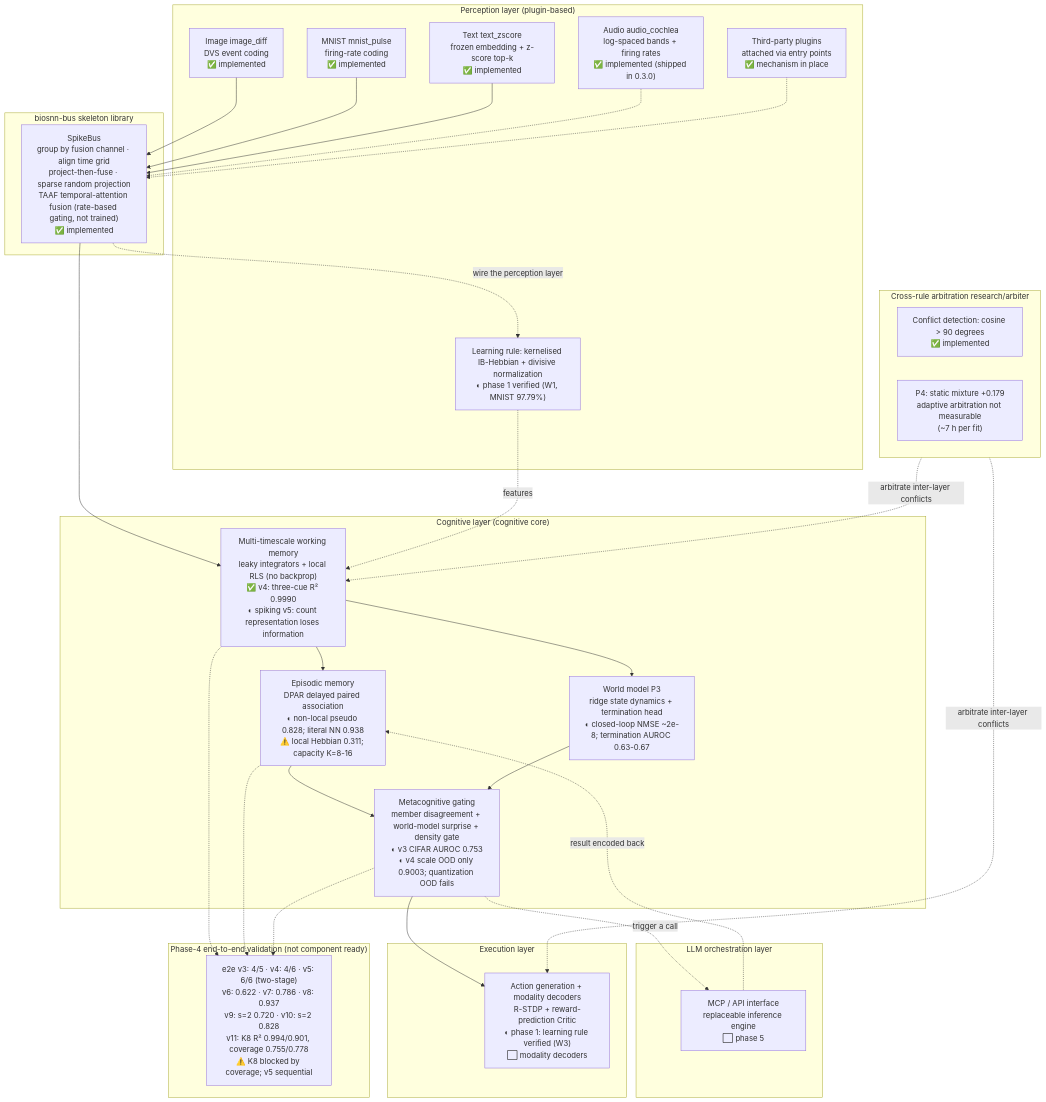
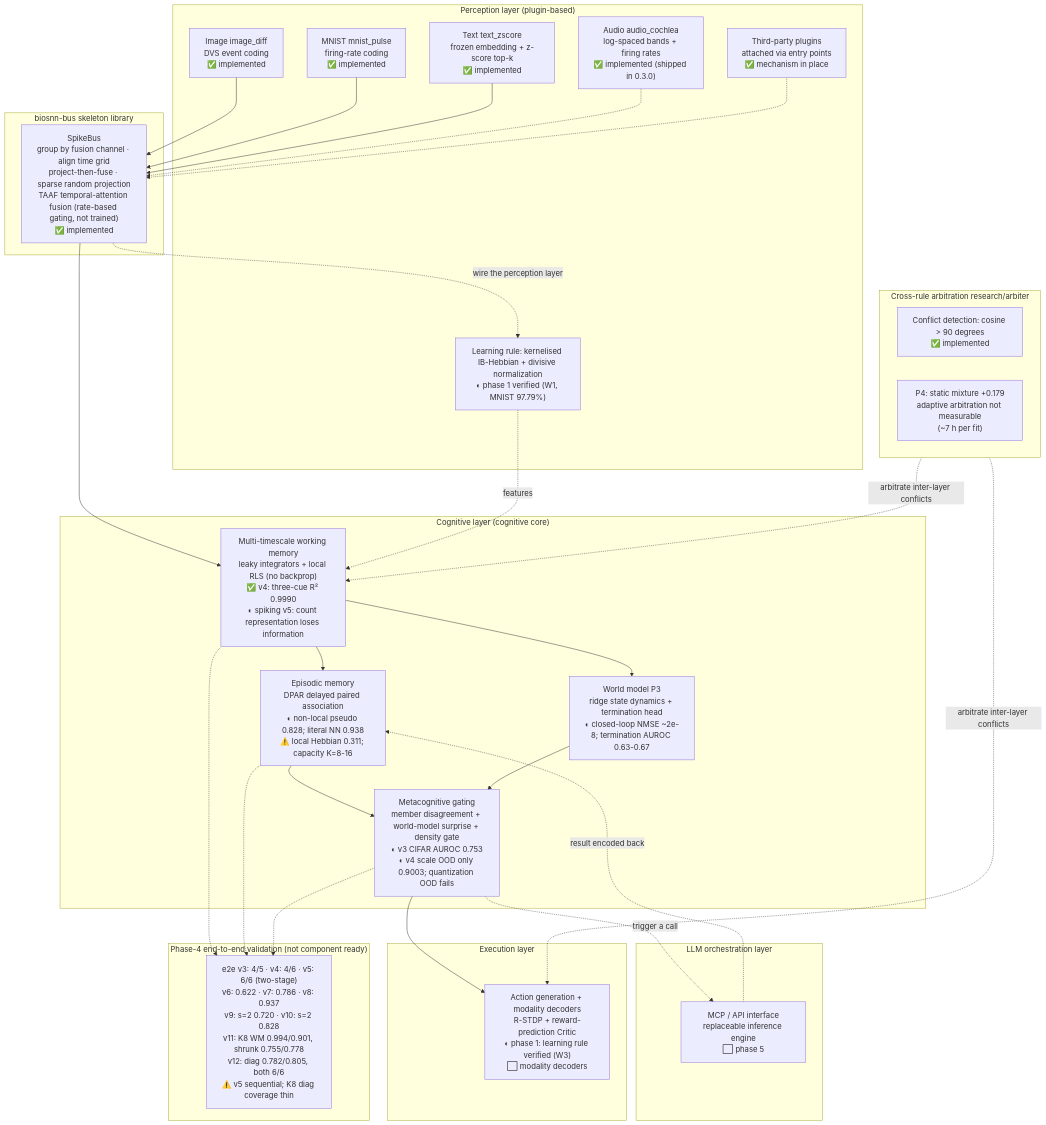
Before and after one commit to lzmd-arch/BioSNN-Plug: the diagram in README.en.md, drawn with Mermaid. The commit also changed other lines of this file and 9 other files, not shown here.

````diff
--- a/README.en.md
+++ b/README.en.md
@@ -149,60 +149,60 @@
 ```mermaid
 flowchart TB
     subgraph L5["LLM orchestration layer"]
         MCP["MCP / API interface<br/>replaceable inference engine<br/>⬜ phase 5"]
     end
 
     subgraph L4["Execution layer"]
         ACT["Action generation + modality decoders<br/>R-STDP + reward-prediction Critic<br/>◐ phase 1: learning rule verified (W3)<br/>⬜ modality decoders"]
     end
 
     subgraph L3["Cognitive layer (cognitive core)"]
         WM["Multi-timescale working memory<br/>leaky integrators + local RLS (no backprop)<br/>✅ v4: three-cue R² 0.9990<br/>◐ spiking v5: count representation loses information"]
         EM["Episodic memory<br/>DPAR delayed paired association<br/>◐ non-local pseudo 0.828; literal NN 0.938<br/>⚠️ local Hebbian 0.311; capacity K=8-16"]
         MG["Metacognitive gating<br/>member disagreement + world-model surprise + density gate<br/>◐ v3 CIFAR AUROC 0.753<br/>◐ v4 scale OOD only 0.9003; quantization OOD fails"]
         WMODEL["World model P3<br/>ridge state dynamics + termination head<br/>◐ closed-loop NMSE ~2e-8; termination AUROC 0.63-0.67"]
     end
 
     subgraph ARB["Cross-rule arbitration research/arbiter"]
         CF["Conflict detection: cosine > 90 degrees<br/>✅ implemented"]
         ES["P4: static mixture +0.179<br/>adaptive arbitration not measurable<br/>(~7 h per fit)"]
     end
 
     subgraph L2["biosnn-bus skeleton library"]
         BUS["SpikeBus<br/>group by fusion channel · align time grid<br/>project-then-fuse · sparse random projection<br/>TAAF temporal-attention fusion (rate-based gating, not trained)<br/>✅ implemented"]
     end
 
     subgraph L1["Perception layer (plugin-based)"]
         IMG["Image image_diff<br/>DVS event coding<br/>✅ implemented"]
         MN["MNIST mnist_pulse<br/>firing-rate coding<br/>✅ implemented"]
         TXT["Text text_zscore<br/>frozen embedding + z-score top-k<br/>✅ implemented"]
         AUD["Audio audio_cochlea<br/>log-spaced bands + firing rates<br/>✅ implemented (shipped in 0.3.0)"]
         THIRD["Third-party plugins<br/>attached via entry points<br/>✅ mechanism in place"]
         HEB["Learning rule: kernelised IB-Hebbian + divisive normalization<br/>◐ phase 1 verified (W1, MNIST 97.79%)"]
     end
 
     IMG --> BUS
     MN --> BUS
     TXT --> BUS
     AUD -.-> BUS
     THIRD -.-> BUS
     BUS --> WM
     BUS -.->|wire the perception layer| HEB
     HEB -.->|features| WM
     WM --> EM
     WM --> WMODEL
     EM --> MG
     WMODEL --> MG
     MG --> ACT
     MG -.->|trigger a call| MCP
     MCP -.->|result encoded back| EM
     ARB -.->|arbitrate inter-layer conflicts| WM
     ARB -.->|arbitrate inter-layer conflicts| ACT
 
     subgraph S4["Phase-4 end-to-end validation (not component ready)"]
-        E2E["e2e v3: 4/5 · v4: 4/6 · v5: 6/6 (two-stage)<br/>v6: 0.622 · v7: 0.786 · v8: 0.937<br/>v9: s=2 0.720 · v10: s=2 0.828<br/>v11: K8 R² 0.994/0.901, coverage 0.755/0.778<br/>⚠️ K8 blocked by coverage; v5 sequential"]
+        E2E["e2e v3: 4/5 · v4: 4/6 · v5: 6/6 (two-stage)<br/>v6: 0.622 · v7: 0.786 · v8: 0.937<br/>v9: s=2 0.720 · v10: s=2 0.828<br/>v11: K8 WM 0.994/0.901, shrunk 0.755/0.778<br/>v12: diag 0.782/0.805, both 6/6<br/>⚠️ v5 sequential; K8 diag coverage thin"]
     end
     WM -.-> E2E
     EM -.-> E2E
     MG -.-> E2E
 ```
````
